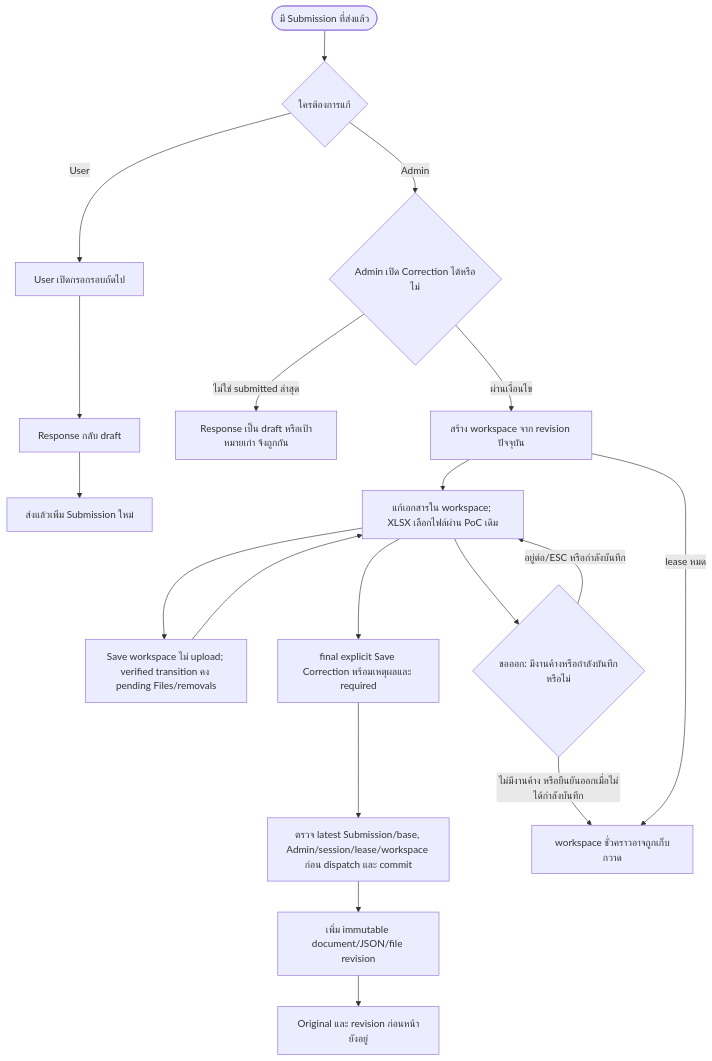
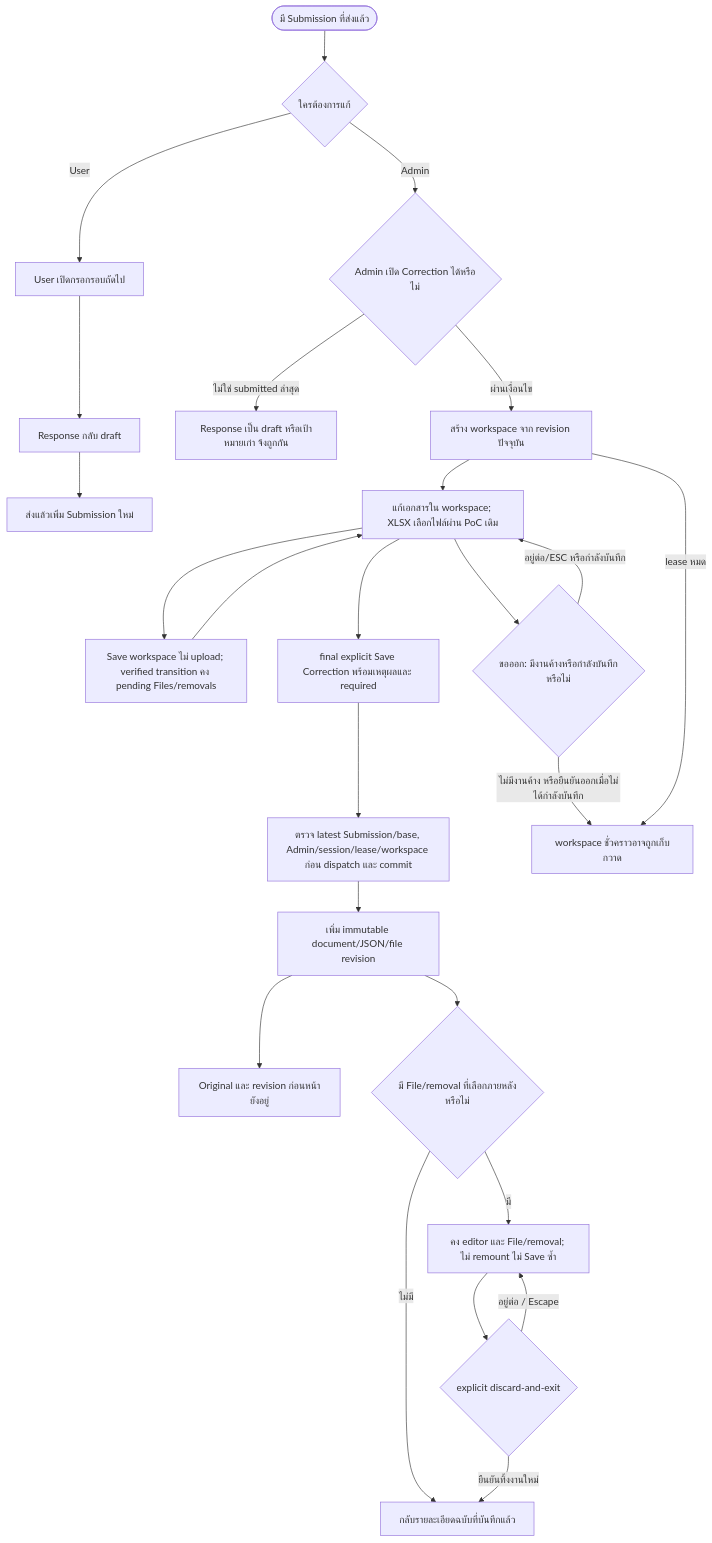
Before and after one commit to AquilaStudio2/folio-forms: the diagram in .scratch/system-workflow/diagrams/21-correction-continuation.mmd, drawn with Mermaid. The commit also changed 26 other files, not shown here.

```diff
--- a/.scratch/system-workflow/diagrams/21-correction-continuation.mmd
+++ b/.scratch/system-workflow/diagrams/21-correction-continuation.mmd
@@ -1,28 +1,34 @@
 flowchart TD
     submitted(["มี Submission ที่ส่งแล้ว"])
     actor{"ใครต้องการแก้"}
     user["User เปิดกรอกรอบถัดไป"]
     newDraft["Response กลับ draft"]
     next["ส่งแล้วเพิ่ม Submission ใหม่"]
     gate{"Admin เปิด Correction ได้หรือไม่"}
     block["Response เป็น draft หรือเป้าหมายเก่า จึงถูกกัน"]
     workspace["สร้าง workspace จาก revision ปัจจุบัน"]
     edit["แก้เอกสารใน workspace; XLSX เลือกไฟล์ผ่าน PoC เดิม"]
     preview["Save workspace ไม่ upload; verified transition คง pending Files/removals"]
     reason["final explicit Save Correction พร้อมเหตุผลและ required"]
     commit["ตรวจ latest Submission/base, Admin/session/lease/workspace ก่อน dispatch และ commit"]
     revision["เพิ่ม immutable document/JSON/file revision"]
     history["Original และ revision ก่อนหน้ายังอยู่"]
     abandon{"ขอออก: มีงานค้างหรือกำลังบันทึกหรือไม่"}
     cleanup["workspace ชั่วคราวอาจถูกเก็บกวาด"]
     submitted --> actor
     actor -->|"User"| user --> newDraft --> next
     actor -->|"Admin"| gate
     gate -->|"ไม่ใช่ submitted ล่าสุด"| block
     gate -->|"ผ่านเงื่อนไข"| workspace --> edit
     edit --> preview --> edit
     edit --> reason --> commit --> revision --> history
+    revision --> remaining{"มี File/removal ที่เลือกภายหลังหรือไม่"}
+    remaining -->|"ไม่มี"| results["กลับรายละเอียดฉบับที่บันทึกแล้ว"]
+    remaining -->|"มี"| held["คง editor และ File/removal; ไม่ remount ไม่ Save ซ้ำ"]
+    held --> safeExit{"explicit discard-and-exit"}
+    safeExit -->|"อยู่ต่อ / Escape"| held
+    safeExit -->|"ยืนยันทิ้งงานใหม่"| results
     edit --> abandon
     abandon -->|"อยู่ต่อ/ESC หรือกำลังบันทึก"| edit
     abandon -->|"ไม่มีงานค้าง หรือยืนยันออกเมื่อไม่ได้กำลังบันทึก"| cleanup
     workspace -->|"lease หมด"| cleanup
```
